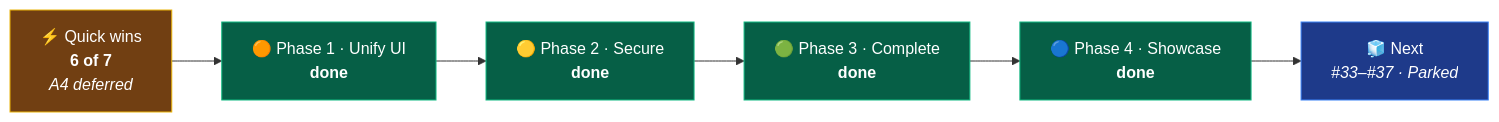
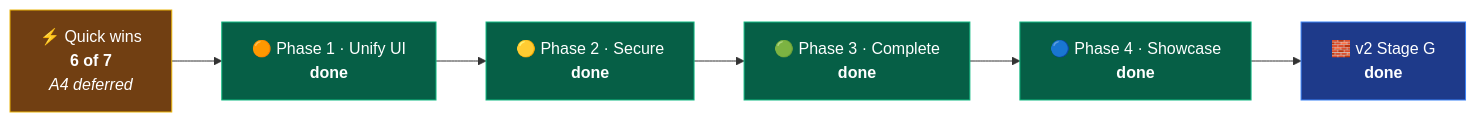
Before and after one commit to anurag-joshi-1403/StudentManagementSystem: the third of 3 diagrams in project_analysis.md, drawn with Mermaid. The commit also changed other lines of this file and 110 other files, not shown here.

````diff
--- a/project_analysis.md
+++ b/project_analysis.md
@@ -438,18 +476,18 @@
 ```mermaid
 flowchart LR
     QW["⚡ Quick wins<br/><b>6 of 7</b><br/><i>A4 deferred</i>"]
     P1["🟠 Phase 1 · Unify UI<br/><b>done</b>"]
     P2["🟡 Phase 2 · Secure<br/><b>done</b>"]
     P3["🟢 Phase 3 · Complete<br/><b>done</b>"]
     P4["🔵 Phase 4 · Showcase<br/><b>done</b>"]
-    NX["🧊 Next<br/><i>#33–#37 · Parked</i>"]
+    NX["🧱 v2 Stage G<br/><b>done</b>"]
 
     QW --> P1 --> P2 --> P3 --> P4 --> NX
 
     style QW fill:#713f12,stroke:#eab308,color:#fff
     style P1 fill:#065f46,stroke:#10b981,color:#fff
     style P2 fill:#065f46,stroke:#10b981,color:#fff
     style P3 fill:#065f46,stroke:#10b981,color:#fff
     style P4 fill:#065f46,stroke:#10b981,color:#fff
     style NX fill:#1e3a8a,stroke:#3b82f6,color:#fff
 ```
````
